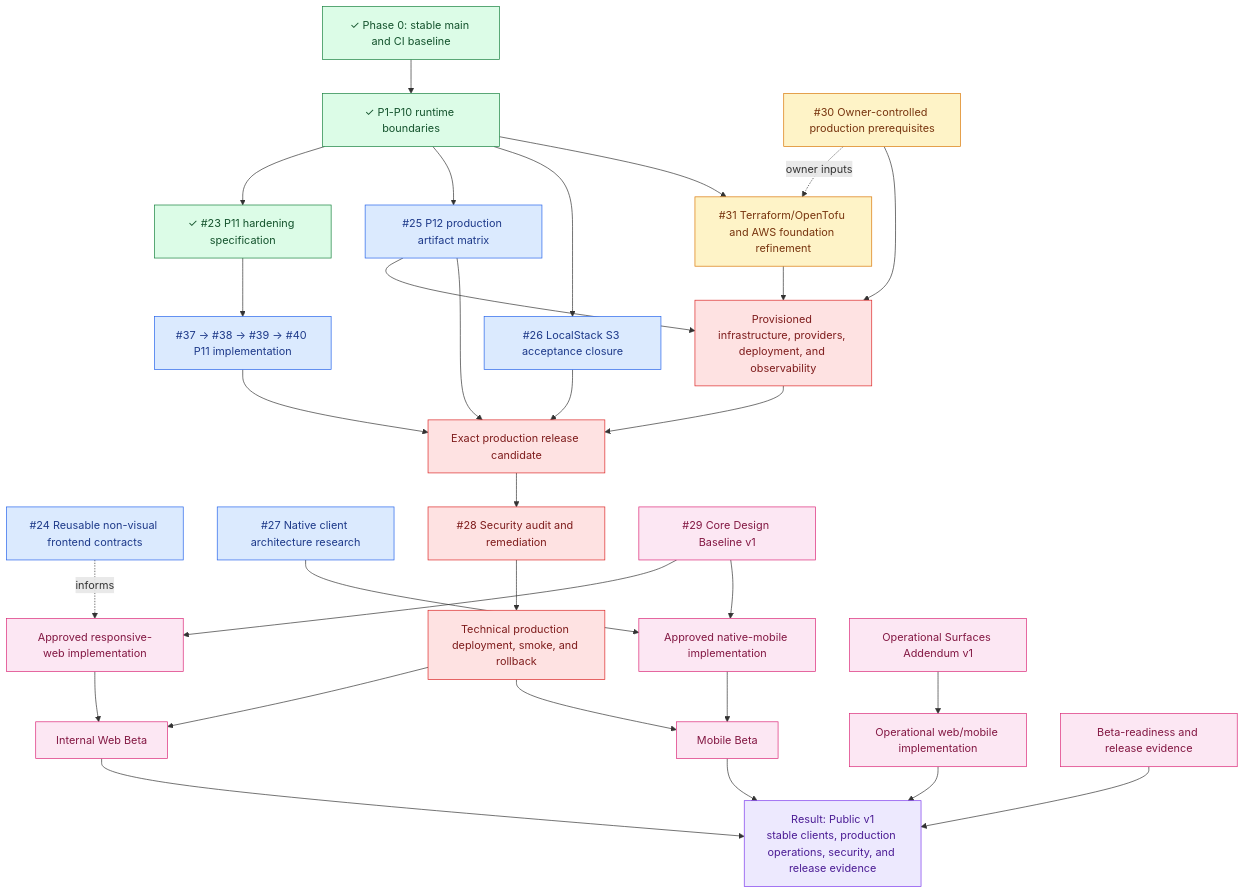
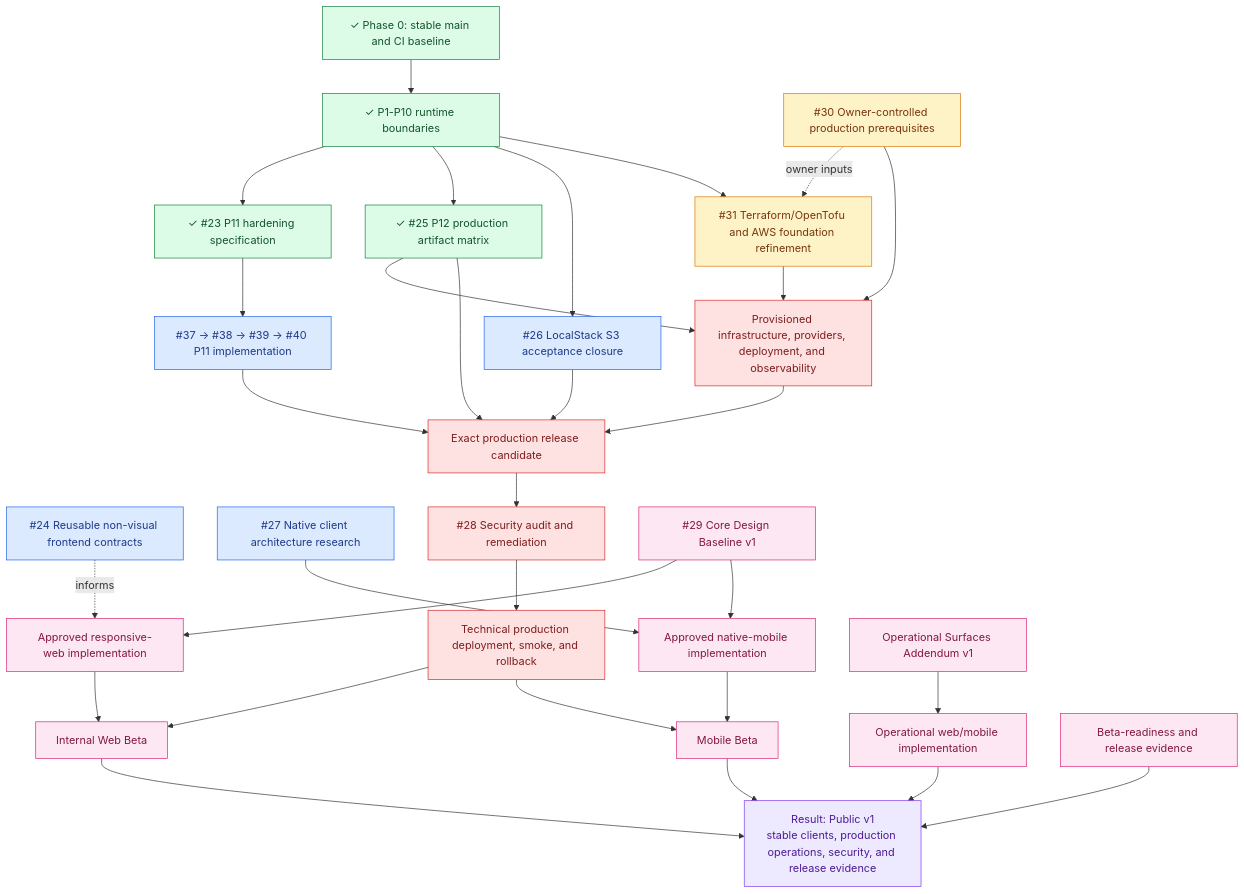
The third of 3 diagrams in docs/roadmap.md (starkovalera/recipe-manager), drawn with Mermaid before and after one commit. The commit also changed other lines of this file and 3 other files, not shown here.

First line of the commit message:
[DEV][DOCS] Sync P12 roadmap after artifact matrix merge (#25) (#55)

````diff
--- a/docs/roadmap.md
+++ b/docs/roadmap.md
@@ -133,77 +133,77 @@
 ```mermaid
 flowchart TD
   phase0["✓ Phase 0: stable main and CI baseline"]
   runtime["✓ P1-P10 runtime boundaries"]
 
   p11["✓ #23 P11 hardening specification"]
   p11Implementation["#37 → #38 → #39 → #40 P11 implementation"]
-  p12["#25 P12 production artifact matrix"]
+  p12["✓ #25 P12 production artifact matrix"]
   localstack["#26 LocalStack S3 acceptance closure"]
   frontendAudit["#24 Reusable non-visual frontend contracts"]
   mobileResearch["#27 Native client architecture research"]
   infraRefine["#31 Terraform/OpenTofu and AWS foundation refinement"]
   owner["#30 Owner-controlled production prerequisites"]
 
   infra["Provisioned infrastructure, providers, deployment, and observability"]
   candidate["Exact production release candidate"]
   security["#28 Security audit and remediation"]
   technical["Technical production deployment, smoke, and rollback"]
 
   design["#29 Core Design Baseline v1"]
   web["Approved responsive-web implementation"]
   mobile["Approved native-mobile implementation"]
   webBeta["Internal Web Beta"]
   mobileBeta["Mobile Beta"]
   designOps["Operational Surfaces Addendum v1"]
   ops["Operational web/mobile implementation"]
   beta["Beta-readiness and release evidence"]
   result["Result: Public v1<br/>stable clients, production operations, security, and release evidence"]
 
   phase0 --> runtime
   runtime --> p11
   runtime --> p12
   runtime --> localstack
   runtime --> infraRefine
   owner -. owner inputs .-> infraRefine
   infraRefine --> infra
   owner --> infra
   p12 --> infra
 
   p11 --> p11Implementation
   p11Implementation --> candidate
   p12 --> candidate
   infra --> candidate
   localstack --> candidate
   candidate --> security
   security --> technical
 
   design --> web
   design --> mobile
   frontendAudit -. informs .-> web
   mobileResearch --> mobile
   technical --> webBeta
   web --> webBeta
   technical --> mobileBeta
   mobile --> mobileBeta
   designOps --> ops
 
   webBeta --> result
   mobileBeta --> result
   ops --> result
   beta --> result
 
   classDef complete fill:#dcfce7,stroke:#15803d,color:#14532d
   classDef ready fill:#dbeafe,stroke:#2563eb,color:#1e3a8a
   classDef refine fill:#fef3c7,stroke:#d97706,color:#78350f
   classDef blocked fill:#fee2e2,stroke:#dc2626,color:#7f1d1d
   classDef gated fill:#fce7f3,stroke:#db2777,color:#831843
   classDef result fill:#ede9fe,stroke:#7c3aed,color:#4c1d95
 
   class phase0,runtime complete
-  class p11 complete
-  class p11Implementation,p12,localstack,frontendAudit,mobileResearch ready
+  class p11,p12 complete
+  class p11Implementation,localstack,frontendAudit,mobileResearch ready
   class infraRefine,owner refine
   class infra,candidate,security,technical blocked
   class design,web,mobile,webBeta,mobileBeta,designOps,ops,beta gated
   class result result
 ```
````
